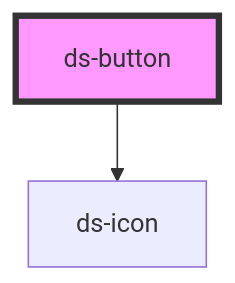
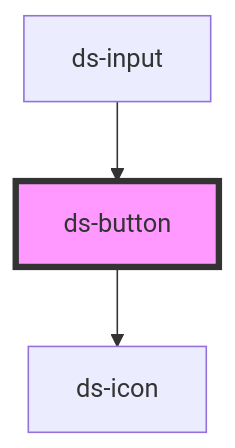
One commit to milioce/stencil-starter-ds changed the diagram in src/components/atoms/button/readme.md. Above: the diagram before and after it, drawn with Mermaid. The commit also changed other lines of this file and 7 other files, not shown here.

````diff
--- a/src/components/atoms/button/readme.md
+++ b/src/components/atoms/button/readme.md
@@ -49,5 +53,6 @@
 ```mermaid
 graph TD;
   ds-button --> ds-icon
+  ds-input --> ds-button
   style ds-button fill:#f9f,stroke:#333,stroke-width:4px
 ```
````
